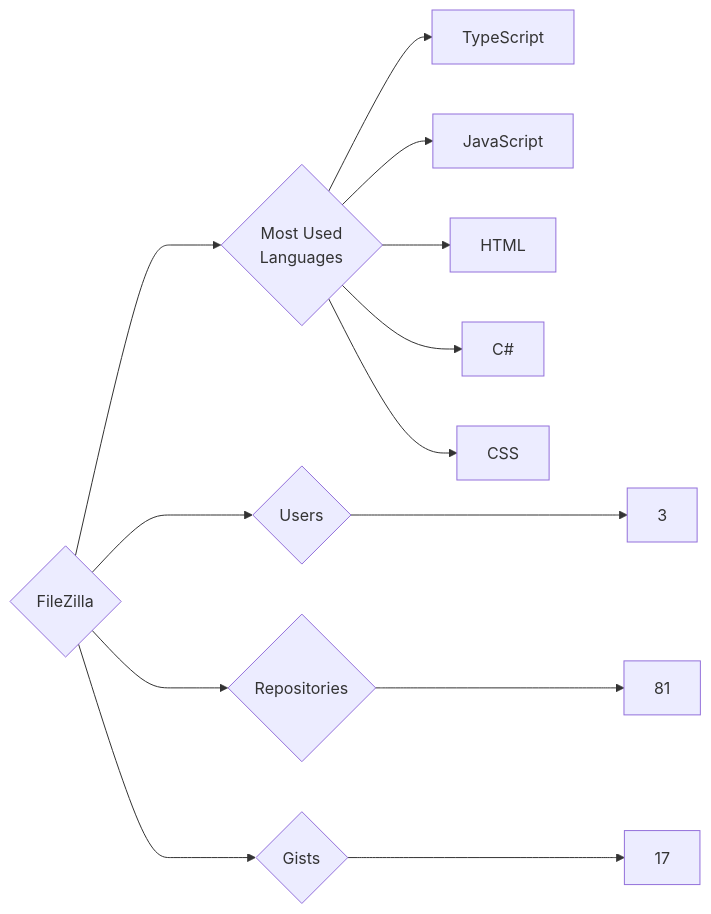
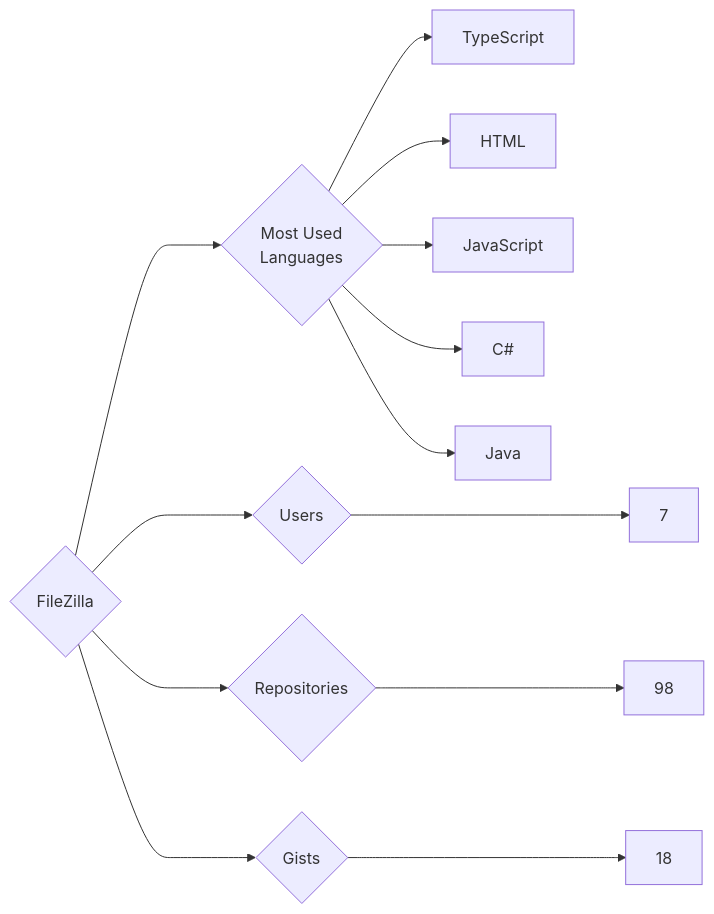
Before and after one commit to trickest/insiders: the diagram in targets/FileZilla/README.md, drawn with Mermaid. The commit also changed 934 other files, not shown here.

````diff
--- a/targets/FileZilla/README.md
+++ b/targets/FileZilla/README.md
@@ -3,13 +3,13 @@
 ```mermaid
 graph LR
 COMPANY_NAME{FileZilla}
-COMPANY_NAME ---> U{Users} ---> UN[3]
-COMPANY_NAME ---> R{Repositories} ---> RN[81]
-COMPANY_NAME ---> G{Gists} ---> GN[17]
+COMPANY_NAME ---> U{Users} ---> UN[7]
+COMPANY_NAME ---> R{Repositories} ---> RN[98]
+COMPANY_NAME ---> G{Gists} ---> GN[18]
 COMPANY_NAME ---> ML{Most Used<br>Languages}
 ML --> TypeScript[TypeScript]
+ML --> HTML[HTML]
 ML --> JavaScript[JavaScript]
-ML --> HTML[HTML]
 ML --> C#[C#]
-ML --> CSS[CSS]
+ML --> Java[Java]
 ```
````
